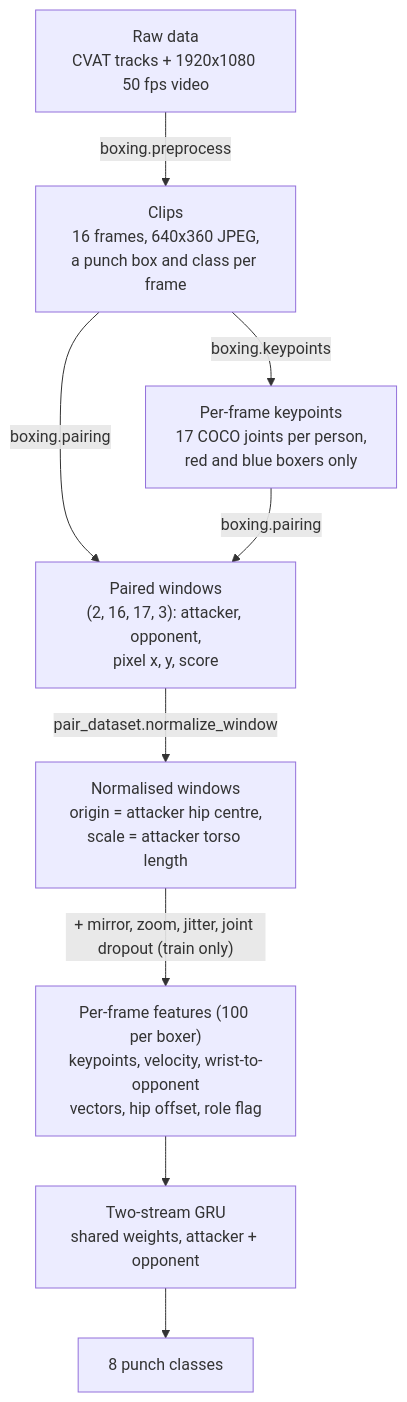
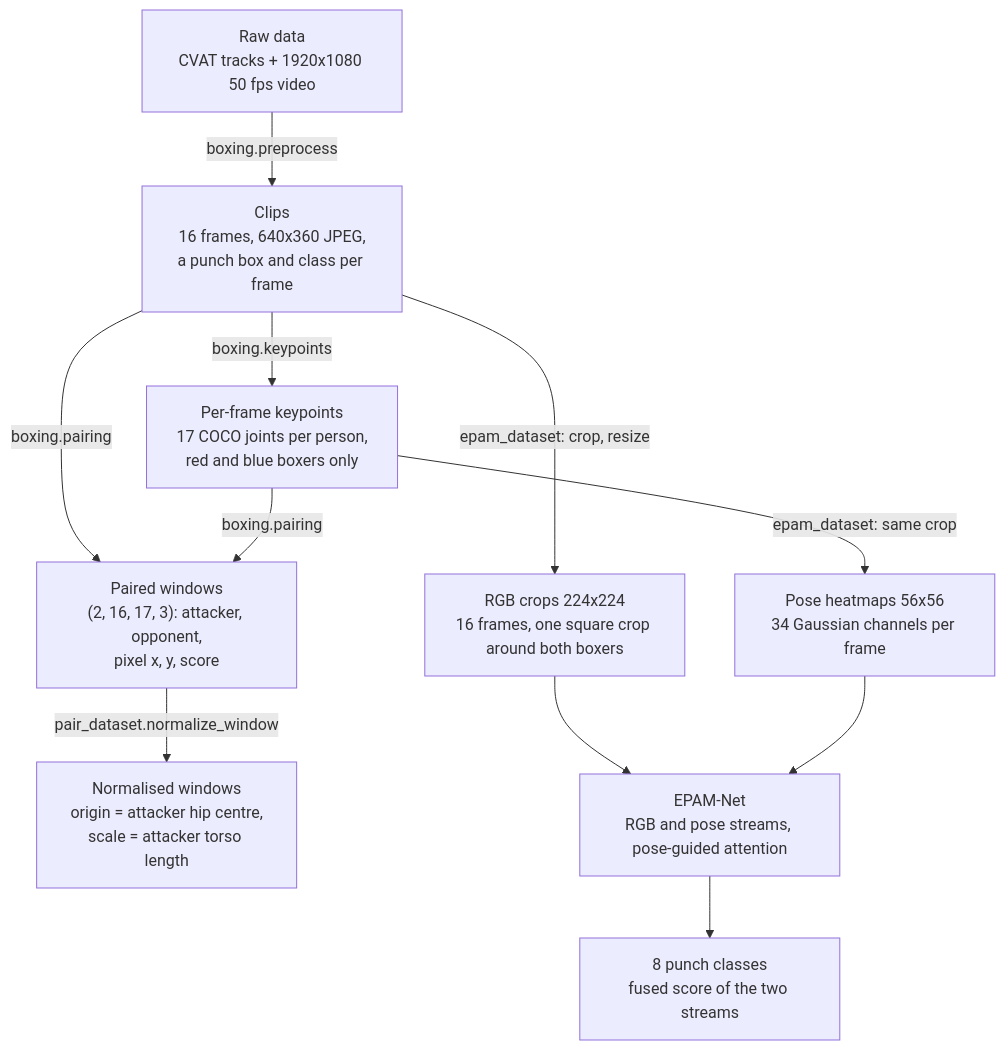
One commit to jmanuelc87/boxing changed the diagram in README.md. Above: the diagram before and after it, drawn with Mermaid. The commit also changed other lines of this file and 8 other files, not shown here.

First line of the commit message:
Add EPAM dataset, custom losses and model updates

````diff
--- a/README.md
+++ b/README.md
@@ -11,19 +11,23 @@
 ```mermaid
 flowchart TB
     raw["Raw data<br/>CVAT tracks + 1920x1080 50 fps video"]
     clips["Clips<br/>16 frames, 640x360 JPEG,<br/>a punch box and class per frame"]
     kp["Per-frame keypoints<br/>17 COCO joints per person,<br/>red and blue boxers only"]
     pairs["Paired windows<br/>(2, 16, 17, 3): attacker, opponent,<br/>pixel x, y, score"]
     norm["Normalised windows<br/>origin = attacker hip centre,<br/>scale = attacker torso length"]
-    feats["Per-frame features (100 per boxer)<br/>keypoints, velocity, wrist-to-opponent<br/>vectors, hip offset, role flag"]
-    model["Two-stream GRU<br/>shared weights, attacker + opponent"]
-    out["8 punch classes"]
+    crops["RGB crops 224x224<br/>16 frames, one square crop around both boxers"]
+    heat["Pose heatmaps 56x56<br/>34 Gaussian channels per frame"]
+    model["EPAM-Net<br/>RGB and pose streams, pose-guided attention"]
+    out["8 punch classes<br/>fused score of the two streams"]
 
     raw -->|"boxing.preprocess"| clips
     clips -->|"boxing.keypoints"| kp
     clips -->|"boxing.pairing"| pairs
     kp -->|"boxing.pairing"| pairs
     pairs -->|"pair_dataset.normalize_window"| norm
-    norm -->|"+ mirror, zoom, jitter, joint dropout (train only)"| feats
-    feats --> model --> out
+    clips -->|"epam_dataset: crop, resize"| crops
+    kp -->|"epam_dataset: same crop"| heat
+    crops --> model
+    heat --> model
+    model --> out
 ```
````
